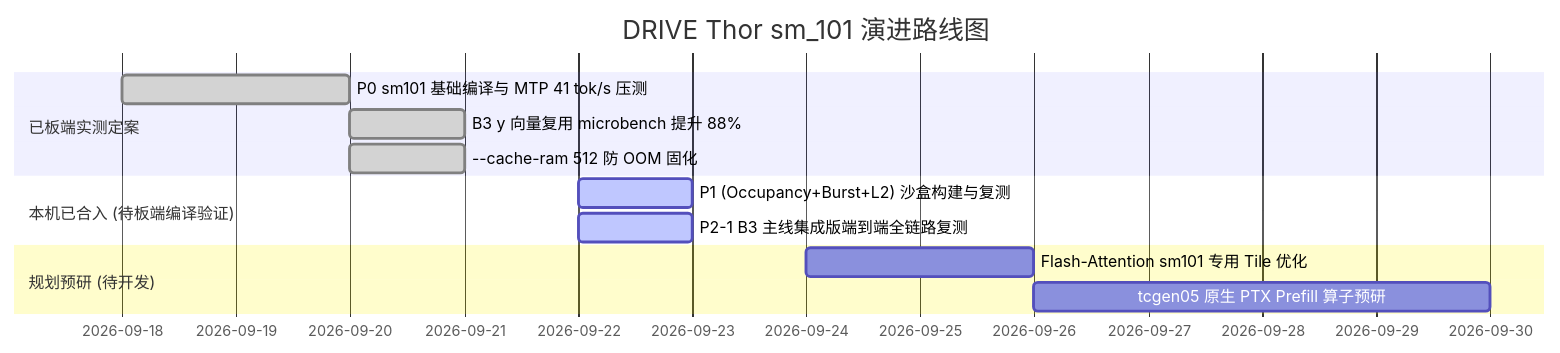
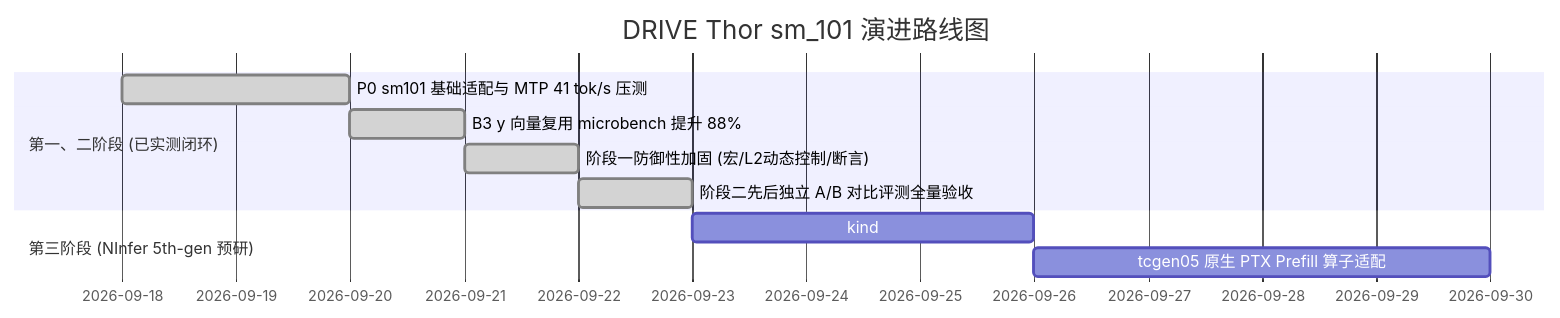
One commit to haochen76/llama.cpp_sm101 changed the diagram in README.md. Above: the diagram before and after it, drawn with Mermaid. The commit also changed other lines of this file, not shown here.

````diff
--- a/README.md
+++ b/README.md
@@ -71,15 +94,13 @@
 ```mermaid
 gantt
     title DRIVE Thor sm_101 演进路线图
     dateFormat  YYYY-MM-DD
-    section 已板端实测定案
-    P0 sm101 基础编译与 MTP 41 tok/s 压测 :done, 2026-09-18, 2026-09-20
+    section 第一、二阶段 (已实测闭环)
+    P0 sm101 基础适配与 MTP 41 tok/s 压测 :done, 2026-09-18, 2026-09-20
     B3 y 向量复用 microbench 提升 88%    :done, 2026-09-20, 2026-09-21
-    --cache-ram 512 防 OOM 固化         :done, 2026-09-20, 2026-09-21
-    section 本机已合入 (待板端编译验证)
-    P1 (Occupancy+Burst+L2) 沙盒构建与复测 :active, 2026-09-22, 2026-09-23
-    P2-1 B3 主线集成版端到端全链路复测     :active, 2026-09-22, 2026-09-23
-    section 规划预研 (待开发)
-    Flash-Attention sm101 专用 Tile 优化   : 2026-09-24, 2026-09-26
-    tcgen05 原生 PTX Prefill 算子预研     : 2026-09-26, 2026-09-30
+    阶段一防御性加固 (宏/L2动态控制/断言) :done, 2026-09-21, 2026-09-22
+    阶段二先后独立 A/B 对比评测全量验收  :done, 2026-09-22, 2026-09-23
+    section 第三阶段 (NInfer 5th-gen 预研)
+    kind::mxf4nvf4 / 4-bit 双量化混合模式预研 :active, 2026-09-23, 2026-09-26
+    tcgen05 原生 PTX Prefill 算子适配       : 2026-09-26, 2026-09-30
 ```
````
